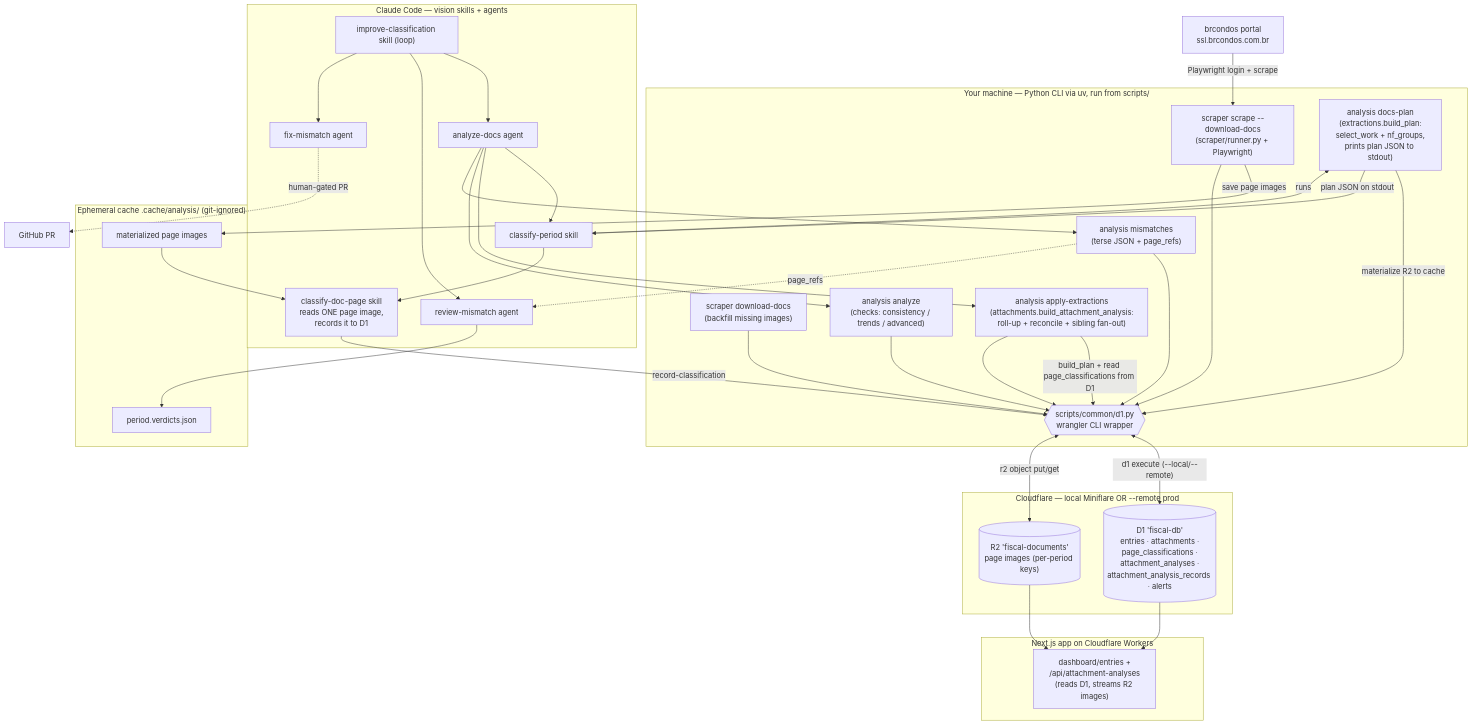
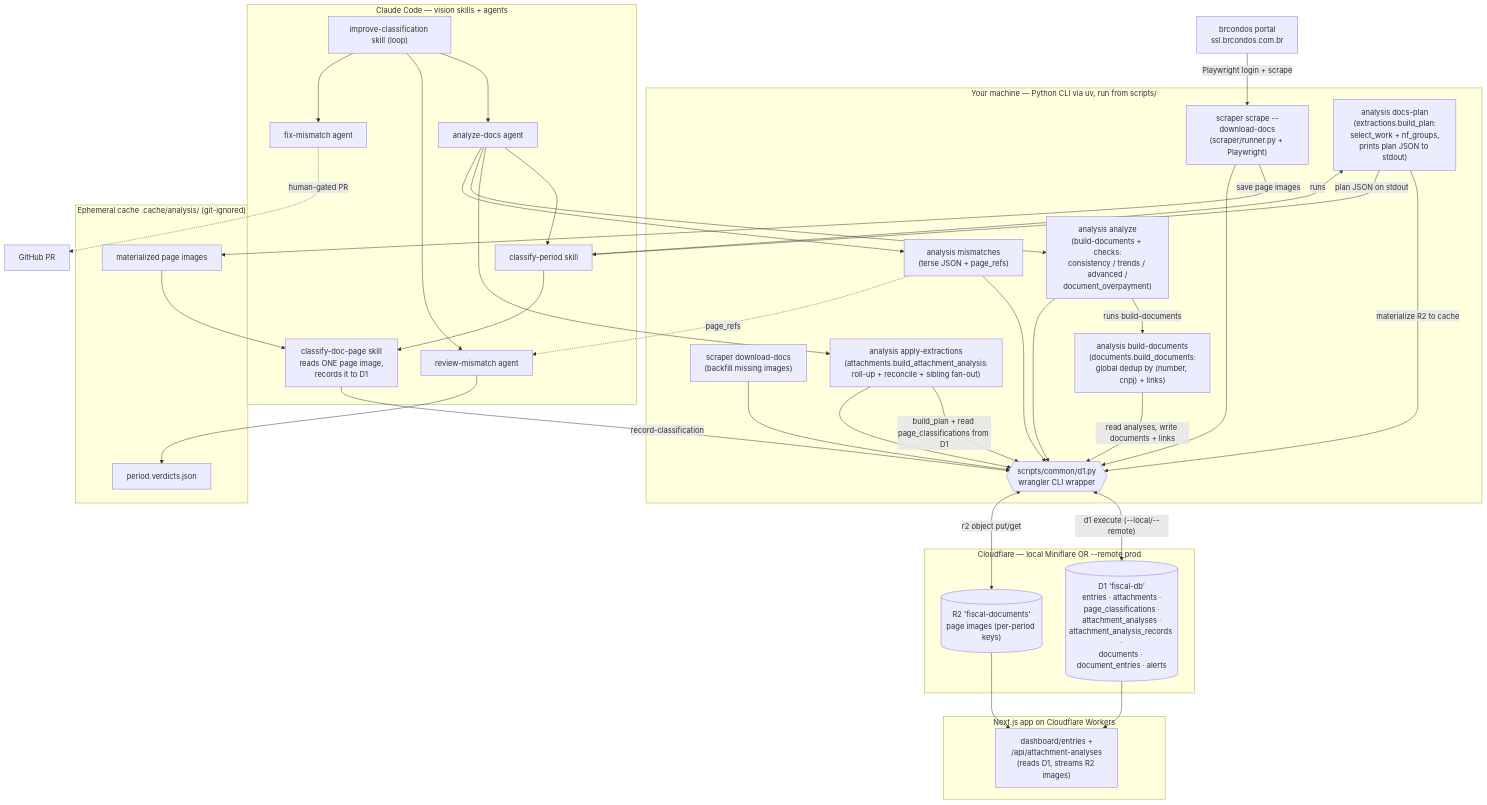
The first of 3 diagrams in scripts/pipeline-flow.md (Gchahm/svhc-relatorios), drawn with Mermaid before and after one commit. The commit also changed 33 other files, not shown here.

First line of the commit message:
feat(020): real documents entity — N:N documents↔entries, overpayment detection, listing UI (#30)

````diff
--- a/scripts/pipeline-flow.md
+++ b/scripts/pipeline-flow.md
@@ -32,70 +32,73 @@
 ```mermaid
 flowchart TD
     portal["brcondos portal<br/>ssl.brcondos.com.br"]
 
     subgraph LOCAL["Your machine — Python CLI via uv, run from scripts/"]
         scrape["scraper scrape --download-docs<br/>(scraper/runner.py + Playwright)"]
         ddocs["scraper download-docs<br/>(backfill missing images)"]
         plan["analysis docs-plan<br/>(extractions.build_plan:<br/>select_work + nf_groups,<br/>prints plan JSON to stdout)"]
         apply["analysis apply-extractions<br/>(attachments.build_attachment_analysis:<br/>roll-up + reconcile + sibling fan-out)"]
-        analyze["analysis analyze<br/>(checks: consistency / trends / advanced)"]
+        builddocs["analysis build-documents<br/>(documents.build_documents:<br/>global dedup by (number, cnpj) + links)"]
+        analyze["analysis analyze<br/>(build-documents + checks:<br/>consistency / trends / advanced /<br/>document_overpayment)"]
         mismatch["analysis mismatches<br/>(terse JSON + page_refs)"]
         d1wrap{{"scripts/common/d1.py<br/>wrangler CLI wrapper"}}
     end
 
     subgraph CLAUDE["Claude Code — vision skills + agents"]
         classifyP["classify-period skill"]
         classifyD["classify-doc-page skill<br/>reads ONE page image,<br/>records it to D1"]
         adocs["analyze-docs agent"]
         improve["improve-classification skill (loop)"]
         review["review-mismatch agent"]
         fix["fix-mismatch agent"]
     end
 
     subgraph CF["Cloudflare — local Miniflare OR --remote prod"]
-        d1[("D1 'fiscal-db'<br/>entries · attachments ·<br/>page_classifications ·<br/>attachment_analyses ·<br/>attachment_analysis_records · alerts")]
+        d1[("D1 'fiscal-db'<br/>entries · attachments ·<br/>page_classifications ·<br/>attachment_analyses ·<br/>attachment_analysis_records ·<br/>documents · document_entries · alerts")]
         r2[("R2 'fiscal-documents'<br/>page images (per-period keys)")]
     end
 
     subgraph CACHE["Ephemeral cache .cache/analysis/ (git-ignored)"]
         imgs["materialized page images"]
         verdicts["period.verdicts.json"]
     end
 
     subgraph WEB["Next.js app on Cloudflare Workers"]
         ui["dashboard/entries +<br/>/api/attachment-analyses<br/>(reads D1, streams R2 images)"]
     end
 
     portal -->|Playwright login + scrape| scrape
     scrape -->|save page images| imgs
     scrape --> d1wrap
     ddocs --> d1wrap
     d1wrap <-->|"d1 execute (--local/--remote)"| d1
     d1wrap <-->|"r2 object put/get"| r2
 
     plan -->|materialize R2 to cache| d1wrap
     plan -->|plan JSON on stdout| classifyP
     classifyP -->|runs| plan
     classifyP --> classifyD
     imgs --> classifyD
     classifyD -->|record-classification| d1wrap
     apply -->|build_plan + read page_classifications from D1| d1wrap
     apply --> d1wrap
+    builddocs -->|read analyses, write documents + links| d1wrap
+    analyze -->|runs build-documents| builddocs
     analyze --> d1wrap
     mismatch --> d1wrap
 
     adocs --> classifyP
     adocs --> apply
     adocs --> analyze
     adocs --> mismatch
 
     improve --> adocs
     mismatch -. "page_refs" .-> review
     improve --> review
     review --> verdicts
     improve --> fix
     fix -. "human-gated PR" .-> pr["GitHub PR"]
 
     d1 --> ui
     r2 --> ui
 ```
````
